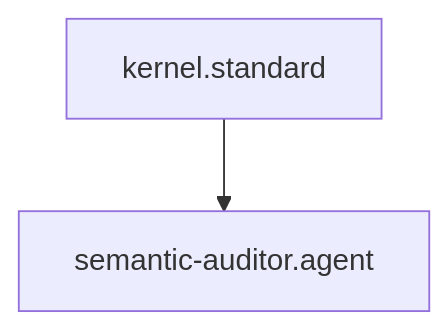
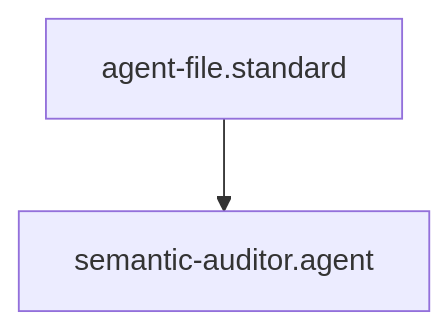
One commit to Gizmo4Life/ai-kernel changed the diagram in agents/semantic-auditor.agent.md. Above: the diagram before and after it, drawn with Mermaid. The commit also changed other lines of this file and 89 other files, not shown here.

````diff
--- a/agents/semantic-auditor.agent.md
+++ b/agents/semantic-auditor.agent.md
@@ -24,4 +24,4 @@
 ```mermaid
 graph TD
-    kernel.standard --> semantic-auditor.agent
+    agent-file.standard --> semantic-auditor.agent
 ```
````
